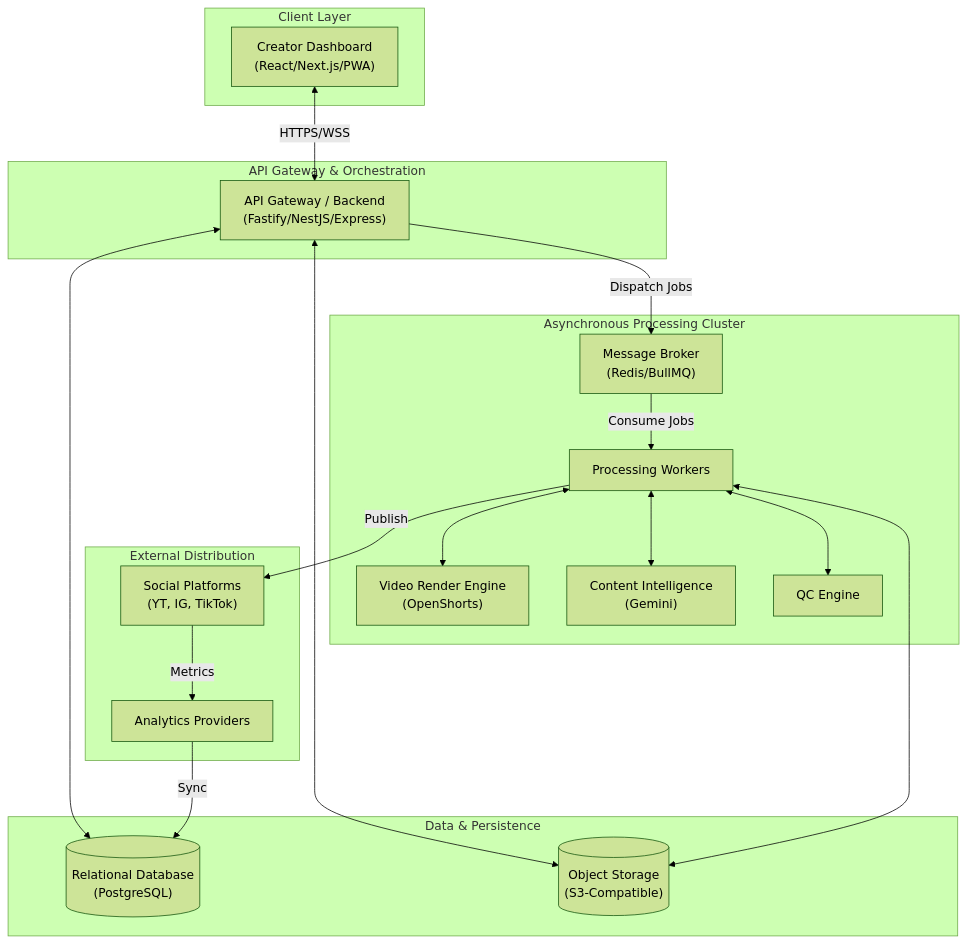
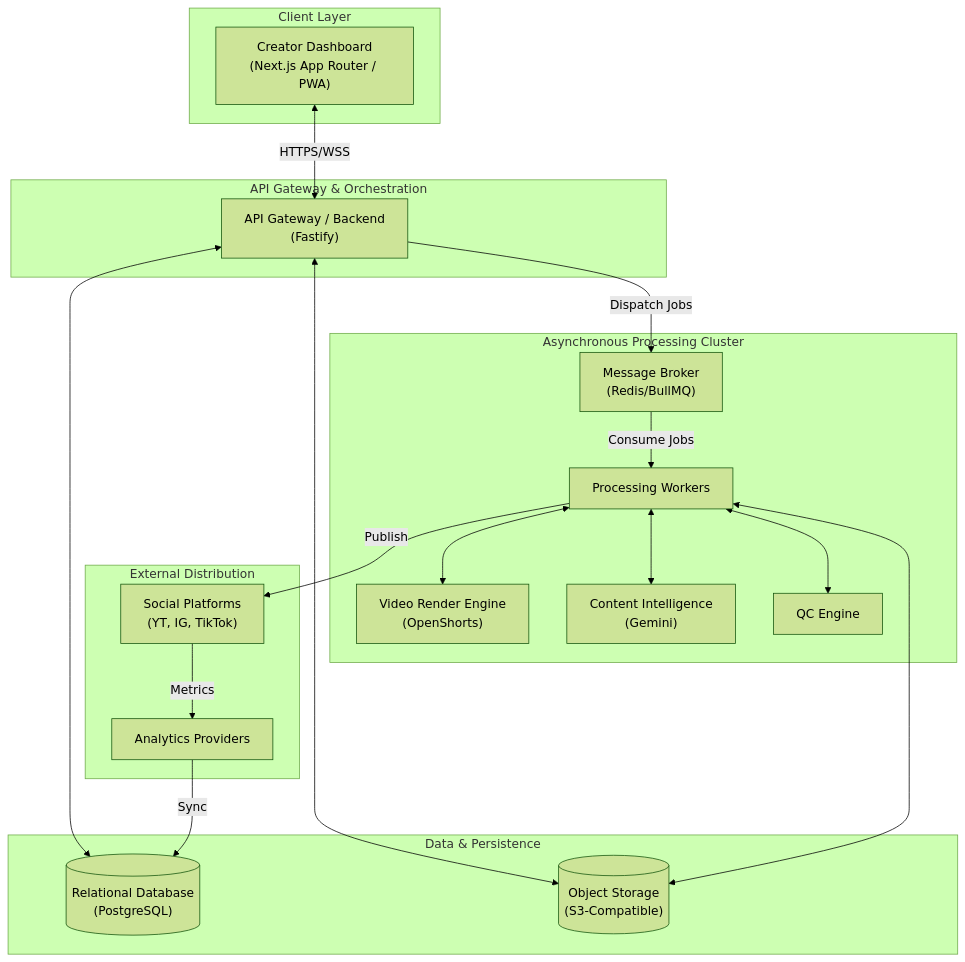
The diagram in docs/architecture/SYSTEM_ARCHITECTURE.md (prasannakadamm/Dadliesttjokes-Content-Factory), drawn with Mermaid (forest theme) before and after one commit. The commit also changed 8 other files, not shown here.

Commit message:
docs(phase-01): finalize architecture documentation and evidence

````diff
--- a/docs/architecture/SYSTEM_ARCHITECTURE.md
+++ b/docs/architecture/SYSTEM_ARCHITECTURE.md
@@ -9,41 +9,41 @@
 ```mermaid
 flowchart TD
     subgraph Client Layer
-        Web["Creator Dashboard\n(React/Next.js/PWA)"]
+        Web["Creator Dashboard\n(Next.js App Router / PWA)"]
     end
 
     subgraph API Gateway & Orchestration
-        API["API Gateway / Backend\n(Fastify/NestJS/Express)"]
+        API["API Gateway / Backend\n(Fastify)"]
     end
 
     subgraph Data & Persistence
         DB[("Relational Database\n(PostgreSQL)")]
         ObjStore[("Object Storage\n(S3-Compatible)")]
     end
 
     subgraph Asynchronous Processing Cluster
         Queue["Message Broker\n(Redis/BullMQ)"]
         Worker["Processing Workers"]
         OpenShorts["Video Render Engine\n(OpenShorts)"]
         Gemini["Content Intelligence\n(Gemini)"]
         QC["QC Engine"]
     end
 
     subgraph External Distribution
         Social["Social Platforms\n(YT, IG, TikTok)"]
         Analytics["Analytics Providers"]
     end
 
     Web <-->|HTTPS/WSS| API
     API <--> DB
     API <--> ObjStore
     API -->|Dispatch Jobs| Queue
     Queue -->|Consume Jobs| Worker
     Worker <--> Gemini
     Worker <--> OpenShorts
     Worker <--> QC
     Worker <--> ObjStore
     Worker -->|Publish| Social
     Social -->|Metrics| Analytics
     Analytics -->|Sync| DB
 ```
````
